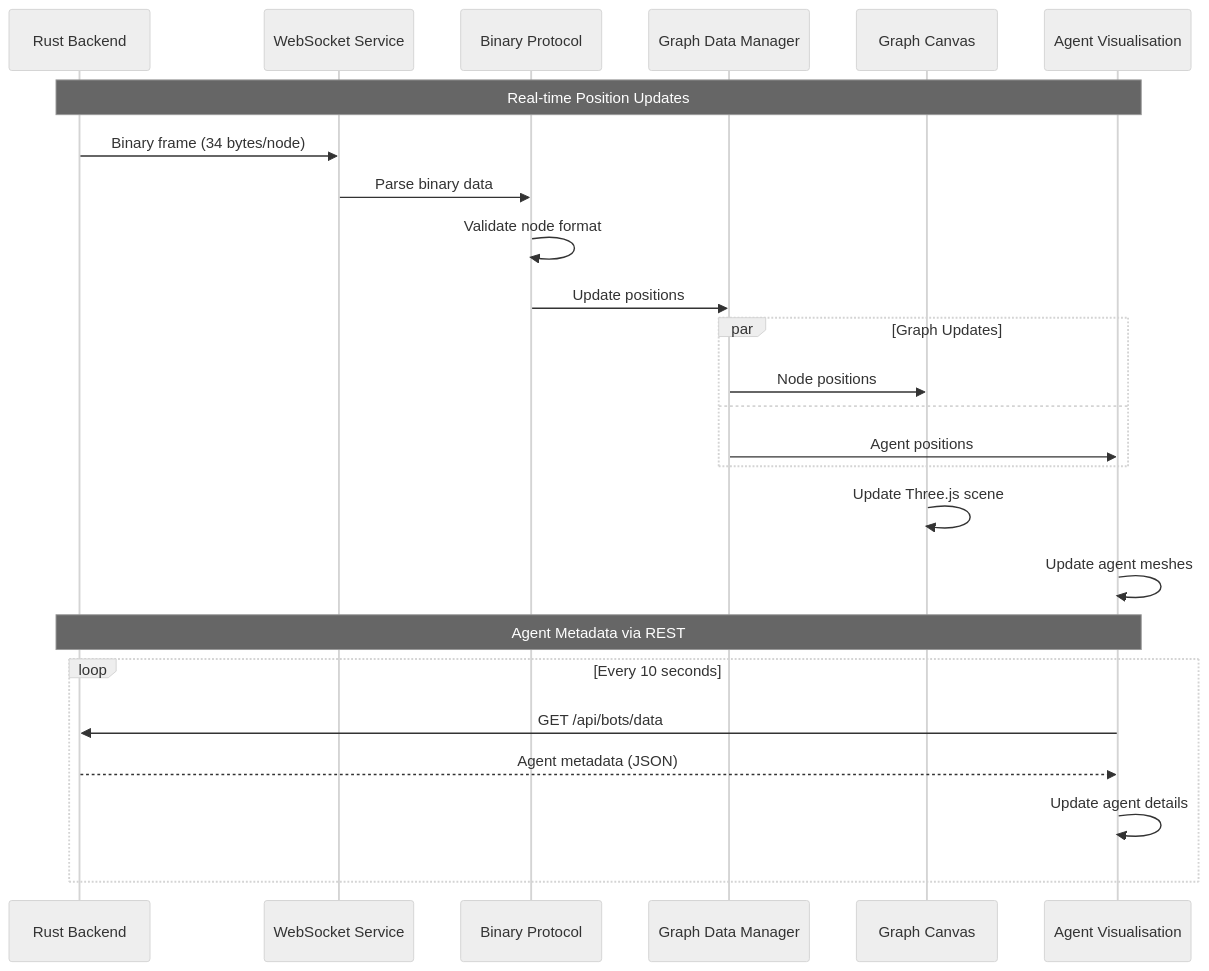
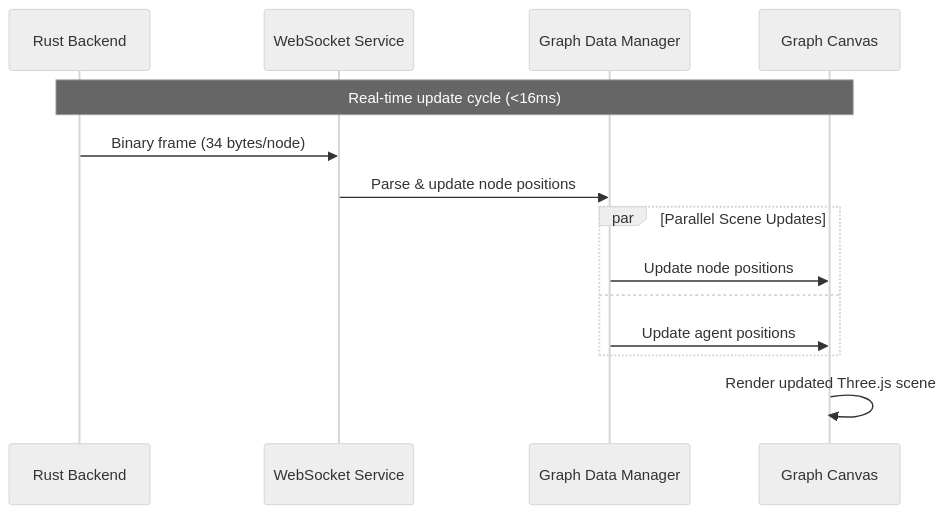
Before and after one commit to DreamLab-AI/VisionFlow: the tenth of 10 diagrams in README.md, drawn with Mermaid (neutral theme). The commit also changed other lines of this file, not shown here.

````diff
--- a/README.md
+++ b/README.md
@@ -279,33 +469,19 @@
 ```mermaid
 sequenceDiagram
     participant Backend as Rust Backend
     participant WS as WebSocket Service
-    participant Binary as Binary Protocol
     participant GraphData as Graph Data Manager
     participant Canvas as Graph Canvas
-    participant Agents as Agent Visualisation
 
-    Note over Backend,Agents: Real-time Position Updates
+    Note over Backend,Canvas: Real-time update cycle (<16ms)
+    Backend->>WS: Binary frame (34 bytes/node)
+    WS->>GraphData: Parse & update node positions
 
-    Backend->>WS: Binary frame (34 bytes/node)
-    WS->>Binary: Parse binary data
-    Binary->>Binary: Validate node format
-    Binary->>GraphData: Update positions
-
-    par Graph Updates
-        GraphData->>Canvas: Node positions
+    par Parallel Scene Updates
+        GraphData->>Canvas: Update node positions
         and
-        GraphData->>Agents: Agent positions
+        GraphData->>Canvas: Update agent positions
     end
 
-    Canvas->>Canvas: Update Three.js scene
-    Agents->>Agents: Update agent meshes
-
-    Note over Backend,Agents: Agent Metadata via REST
-
-    loop Every 10 seconds
-        Agents->>Backend: GET /api/bots/data
-        Backend-->>Agents: Agent metadata (JSON)
-        Agents->>Agents: Update agent details
-    end
+    Canvas->>Canvas: Render updated Three.js scene
 ```
````
